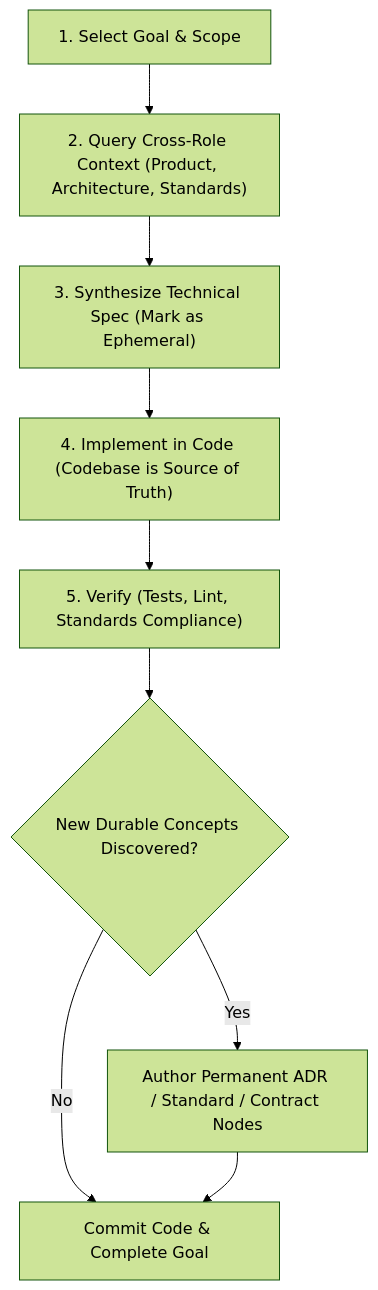
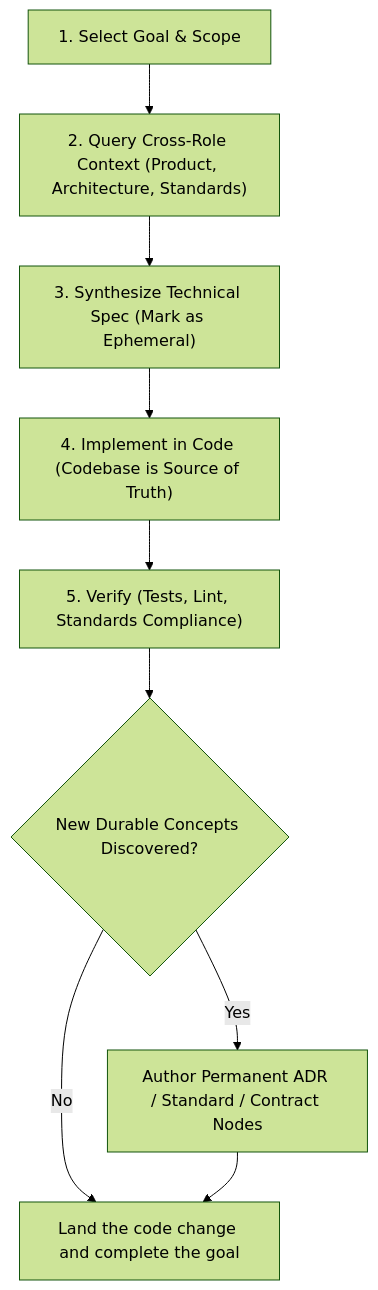
One commit to autonomous-bits/spool-marketplace changed the diagram in plugins/spool-skills/skills/spool-technical-implementation/SKILL.md. Above: the diagram before and after it, drawn with Mermaid (forest theme). The commit also changed other lines of this file and 17 other files, not shown here.

````diff
--- a/plugins/spool-skills/skills/spool-technical-implementation/SKILL.md
+++ b/plugins/spool-skills/skills/spool-technical-implementation/SKILL.md
@@ -62,11 +61,11 @@
 ```mermaid
 flowchart TD
     A["1. Select Goal & Scope"] --> B["2. Query Cross-Role Context (Product, Architecture, Standards)"]
     B --> C["3. Synthesize Technical Spec (Mark as Ephemeral)"]
     C --> D["4. Implement in Code (Codebase is Source of Truth)"]
     D --> E["5. Verify (Tests, Lint, Standards Compliance)"]
     E --> F{"New Durable Concepts Discovered?"}
     F -- Yes --> G["Author Permanent ADR / Standard / Contract Nodes"]
-    F -- No --> H["Commit Code & Complete Goal"]
+    F -- No --> H["Land the code change and complete the goal"]
     G --> H
 ```
````
